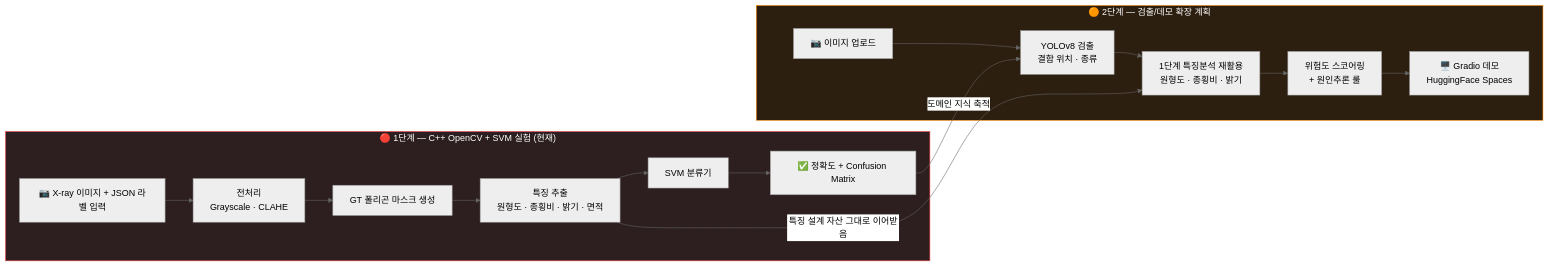
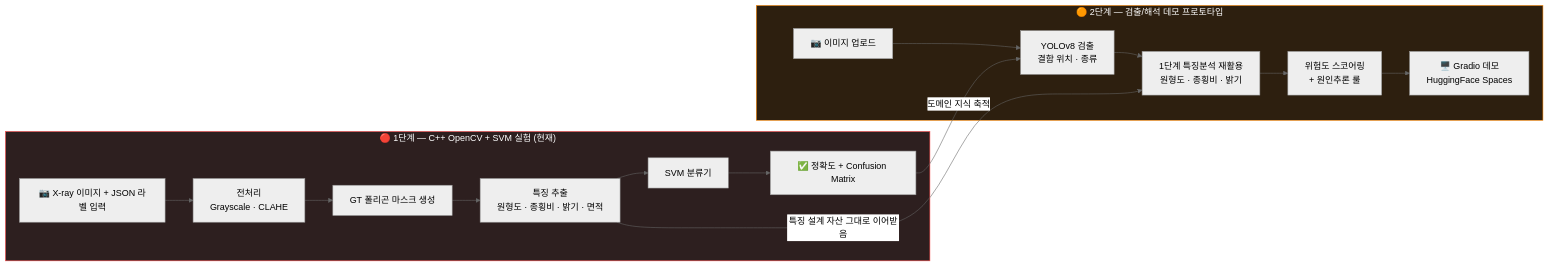
The first of 4 diagrams in README.md (hoilycat/welding-defect-detection), drawn with Mermaid (neutral theme) before and after one commit. The commit also changed other lines of this file and 3 other files, not shown here.

````diff
--- a/README.md
+++ b/README.md
@@ -20,23 +20,23 @@
 ```mermaid
 flowchart LR
     subgraph S1["🔴 1단계 — C++ OpenCV + SVM 실험 (현재)"]
         A[📷 X-ray 이미지 + JSON 라벨 입력] --> B[전처리\nGrayscale · CLAHE]
         B --> C[GT 폴리곤 마스크 생성]
         C --> D[특징 추출\n원형도 · 종횡비 · 밝기 · 면적]
         D --> E[SVM 분류기]
         E --> F[✅ 정확도 + Confusion Matrix]
     end
 
-    subgraph S2["🟠 2단계 — 검출/데모 확장 계획"]
+    subgraph S2["🟠 2단계 — 검출/해석 데모 프로토타입"]
         G[📷 이미지 업로드] --> H[YOLOv8 검출\n결함 위치 · 종류]
         H --> I[1단계 특징분석 재활용\n원형도 · 종횡비 · 밝기]
         I --> J[위험도 스코어링\n+ 원인추론 룰]
         J --> K[🖥️ Gradio 데모\nHuggingFace Spaces]
     end
 
     D -- "특징 설계 자산 그대로 이어받음" --> I
     F -- "도메인 지식 축적" --> H
 
     style S1 fill:#2d1f1f,stroke:#ff4444,color:#fff
     style S2 fill:#2d1f0f,stroke:#ff8800,color:#fff
 ```
````
